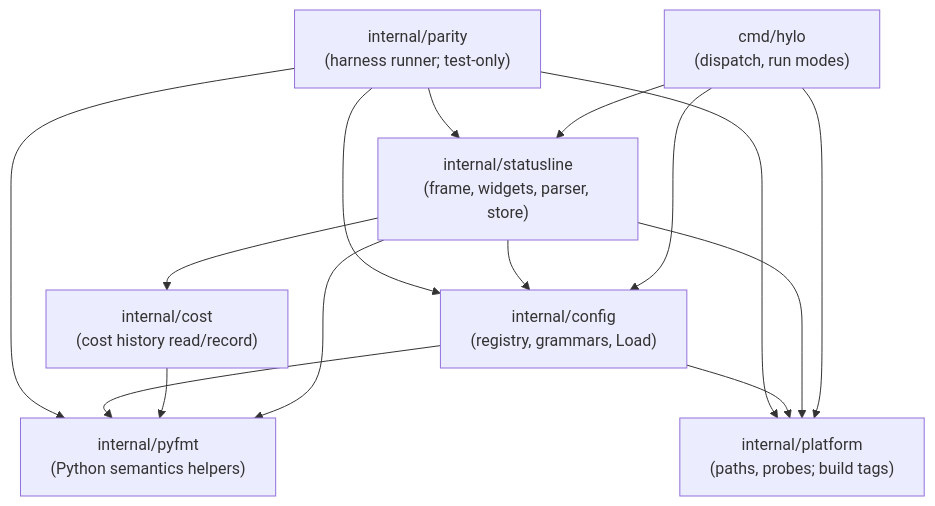
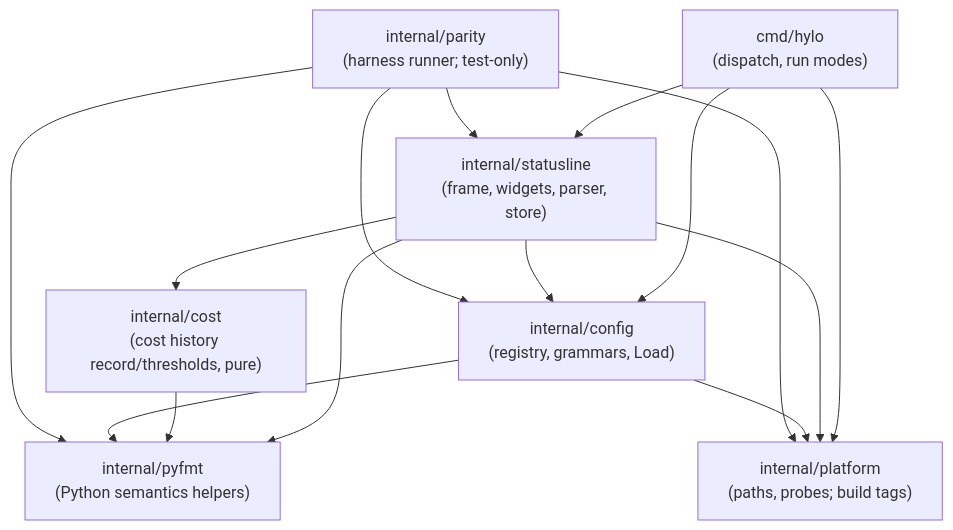
The diagram in specs/architecture/ARCH-00-overview.md (drbothen/hylo), drawn with Mermaid before and after one commit. The commit also changed other lines of this file and 85 other files, not shown here.

````diff
--- a/specs/architecture/ARCH-00-overview.md
+++ b/specs/architecture/ARCH-00-overview.md
@@ -55,19 +59,19 @@
 ```mermaid
 graph TD
     cmd["cmd/hylo<br/>(dispatch, run modes)"] --> sl["internal/statusline<br/>(frame, widgets, parser, store)"]
     cmd --> cfg["internal/config<br/>(registry, grammars, Load)"]
     cmd --> plat["internal/platform<br/>(paths, probes; build tags)"]
-    sl --> cost["internal/cost<br/>(cost history read/record)"]
+    sl --> cost["internal/cost<br/>(cost history record/thresholds, pure)"]
     sl --> cfg
     sl --> plat
     cfg --> plat
 
     par["internal/parity<br/>(harness runner; test-only)"] --> sl
     par --> cfg
     par --> plat
     py["internal/pyfmt<br/>(Python semantics helpers)"]
     sl --> py
     cost --> py
     cfg --> py
     par --> py
 ```
````
